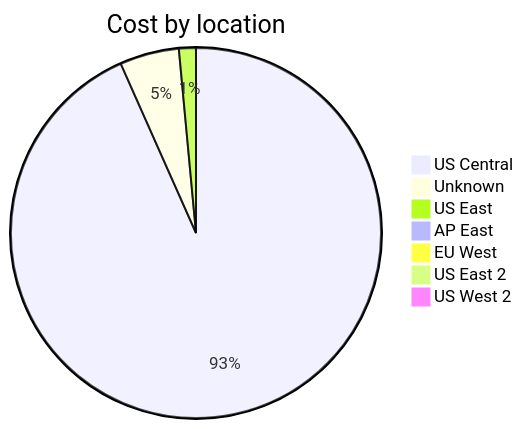
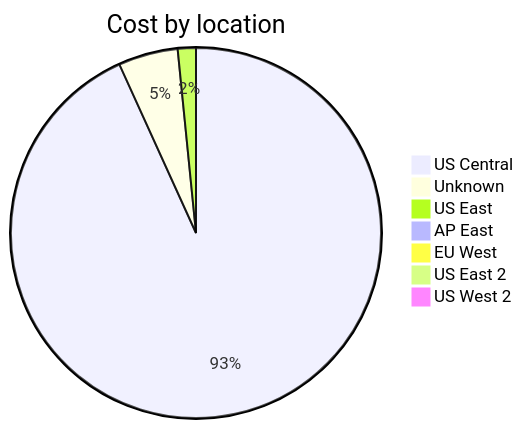
Before and after one commit to jpfulton/azure-personal-reports: the third of 4 diagrams in cost-reports/accumulated-cost.md, drawn with Mermaid. The commit also changed other lines of this file and 4 other files, not shown here.

````diff
--- a/cost-reports/accumulated-cost.md
+++ b/cost-reports/accumulated-cost.md
@@ -123,11 +123,11 @@
 ```mermaid
 pie
    title Cost by location
-   "US Central" : 7.57
-   "Unknown" : 0.42
-   "US East" : 0.12
+   "US Central" : 8.24
+   "Unknown" : 0.46
+   "US East" : 0.14
    "AP East" : 0.00
    "EU West" : 0.00
    "US East 2" : 0.00
    "US West 2" : 0.00
 ```
````
